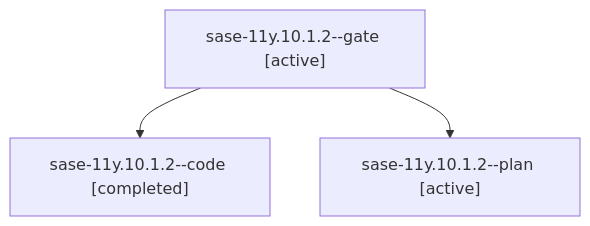
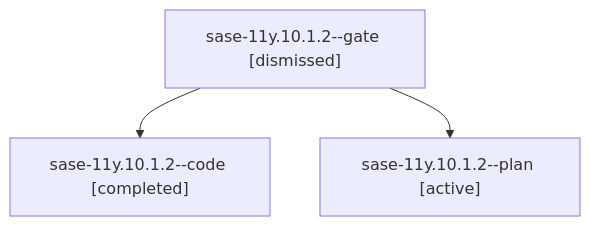
The diagram in sessions/bbugyi200.athena.sase-11y.10.1.2.md (sase-org/sase--agents), drawn with Mermaid before and after one commit. The commit also changed other lines of this file and 252 other files, not shown here.

````diff
--- a/sessions/bbugyi200.athena.sase-11y.10.1.2.md
+++ b/sessions/bbugyi200.athena.sase-11y.10.1.2.md
@@ -9,8 +9,8 @@
 ```mermaid
 flowchart TD
-  n0["sase-11y.10.1.2--gate [active]"]
+  n0["sase-11y.10.1.2--gate [dismissed]"]
   n1["sase-11y.10.1.2--code [completed]"]
   n0 --> n1
   n2["sase-11y.10.1.2--plan [active]"]
   n0 --> n2
 ```
````
